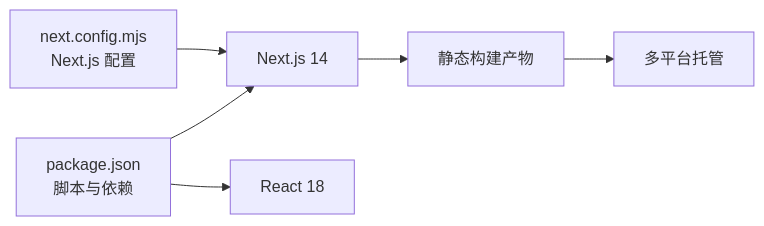
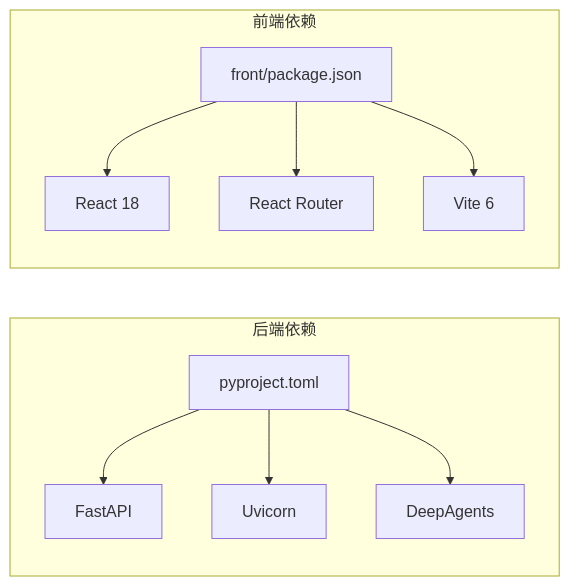
The third of 3 diagrams in .qoder/repowiki/zh/content/部署与运维/部署平台.md (marvin9551/InsightMesh), drawn with Mermaid before and after one commit. The commit also changed other lines of this file and 10 other files, not shown here.

````diff
--- a/.qoder/repowiki/zh/content/部署与运维/部署平台.md
+++ b/.qoder/repowiki/zh/content/部署与运维/部署平台.md
@@ -254,8 +411,13 @@
 ```mermaid
 graph LR
-P["package.json<br/>脚本与依赖"] --> N["Next.js 14"]
-P --> R["React 18"]
-C["next.config.mjs<br/>Next.js 配置"] --> N
-N --> O["静态构建产物"]
-O --> T["多平台托管"]
+subgraph "后端依赖"
+P["pyproject.toml"] --> F["FastAPI"]
+P --> U["Uvicorn"]
+P --> D["DeepAgents"]
+end
+subgraph "前端依赖"
+J["front/package.json"] --> R["React 18"]
+J --> RR["React Router"]
+J --> V["Vite 6"]
+end
 ```
````
